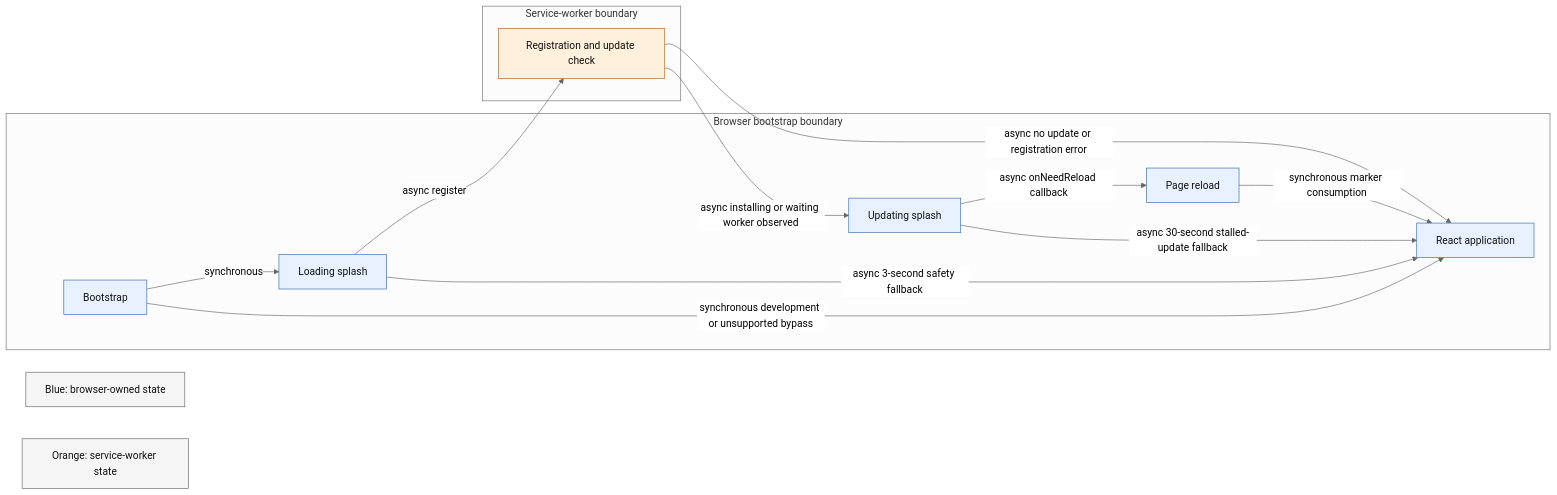
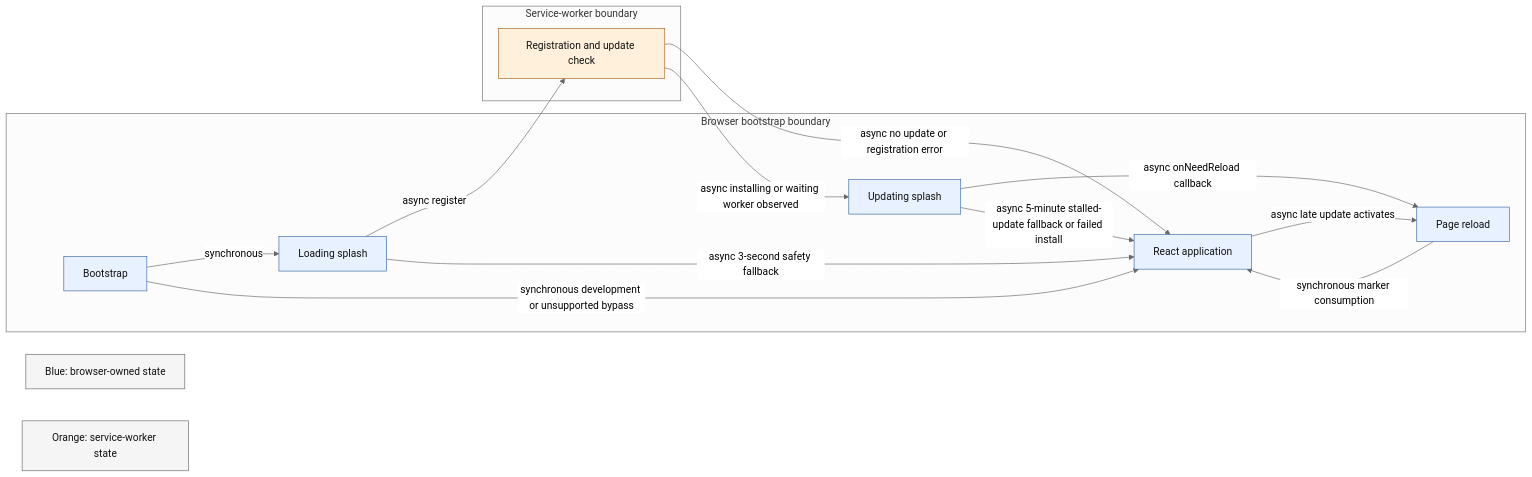
Before and after one commit to Cpgeragh/dark-heresy-manager: the diagram in docs/startup-and-pwa-update-behaviour.md, drawn with Mermaid (neutral theme). The commit also changed other lines of this file and 5 other files, not shown here.

````diff
--- a/docs/startup-and-pwa-update-behaviour.md
+++ b/docs/startup-and-pwa-update-behaviour.md
@@ -9,32 +9,33 @@
 ```mermaid
 flowchart LR
   subgraph Browser[Browser bootstrap boundary]
     Boot[Bootstrap]
     Loading[Loading splash]
     Updating[Updating splash]
     App[React application]
     Reload[Page reload]
   end
 
   subgraph Worker[Service-worker boundary]
     Register[Registration and update check]
   end
 
   Boot -->|synchronous| Loading
   Boot -->|synchronous development or unsupported bypass| App
   Loading -->|async register| Register
   Register -->|async no update or registration error| App
   Loading -->|async 3-second safety fallback| App
   Register -->|async installing or waiting worker observed| Updating
+  App -->|async late update activates| Reload
   Updating -->|async onNeedReload callback| Reload
   Reload -->|synchronous marker consumption| App
-  Updating -->|async 30-second stalled-update fallback| App
+  Updating -->|async 5-minute stalled-update fallback or failed install| App
 
   classDef browser fill:#e8f1ff,stroke:#3767a6,color:#111;
   classDef worker fill:#fff0db,stroke:#a66321,color:#111;
   classDef legend fill:#f5f5f5,stroke:#666,color:#111;
   class Boot,Loading,Updating,App,Reload browser;
   class Register,Activate worker;
   LegendBrowser[Blue: browser-owned state]:::legend
   LegendWorker[Orange: service-worker state]:::legend
 ```
````
